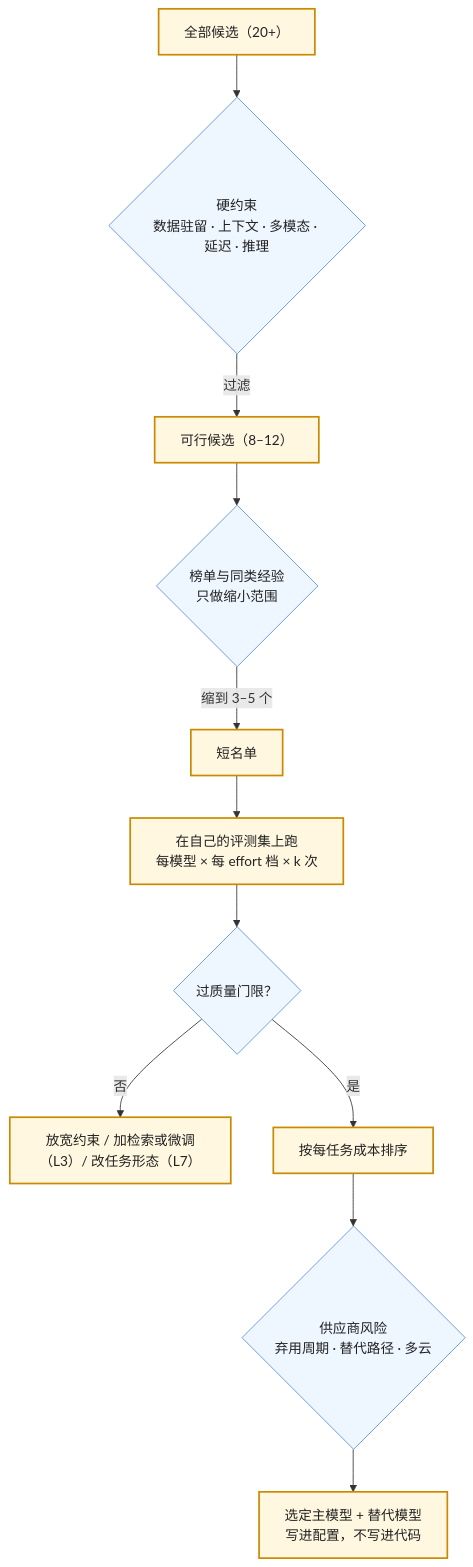
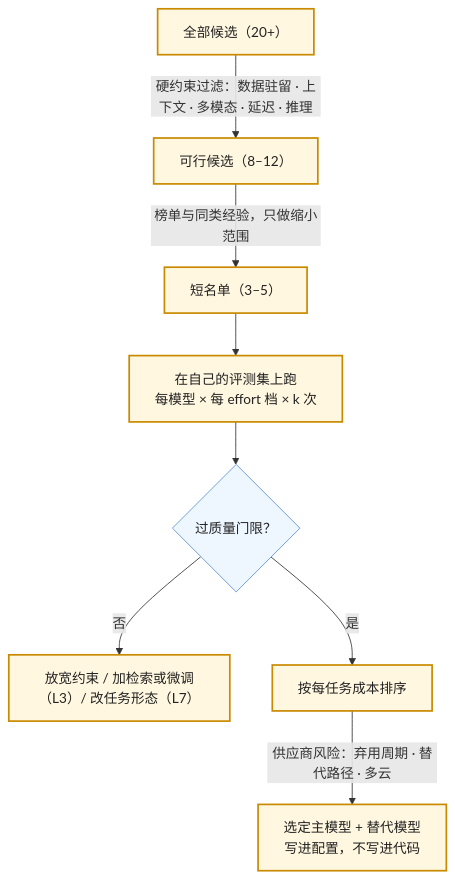
Before and after one commit to arganzheng/arganzheng.github.com: the diagram in _posts/2026-10-03-model-selection-beyond-leaderboards.md, drawn with Mermaid. The commit also changed other lines of this file and 6 other files, not shown here.

Commit message:
模型作为组件 07 总结自测；应用地图加「已有的文章与系列」、全栈地图进度、备忘录 V2.36、AGENTS 应用系列规范；两张图调整

````diff
--- a/_posts/2026-10-03-model-selection-beyond-leaderboards.md
+++ b/_posts/2026-10-03-model-selection-beyond-leaderboards.md
@@ -31,18 +31,15 @@
 ```mermaid
 flowchart TB
-    A["全部候选（20+）"] --> B{"硬约束<br/>数据驻留 · 上下文 · 多模态 · 延迟 · 推理"}
-    B -->|"过滤"| C["可行候选（8–12）"]
-    C --> D{"榜单与同类经验<br/>只做缩小范围"}
-    D -->|"缩到 3–5 个"| E["短名单"]
+    A["全部候选（20+）"] -->|"硬约束过滤：数据驻留 · 上下文 · 多模态 · 延迟 · 推理"| C["可行候选（8–12）"]
+    C -->|"榜单与同类经验，只做缩小范围"| E["短名单（3–5）"]
     E --> F["在自己的评测集上跑<br/>每模型 × 每 effort 档 × k 次"]
     F --> G{"过质量门限？"}
     G -->|"否"| H["放宽约束 / 加检索或微调（L3）/ 改任务形态（L7）"]
     G -->|"是"| I["按每任务成本排序"]
-    I --> J{"供应商风险<br/>弃用周期 · 替代路径 · 多云"}
-    J --> K["选定主模型 + 替代模型<br/>写进配置，不写进代码"]
+    I -->|"供应商风险：弃用周期 · 替代路径 · 多云"| K["选定主模型 + 替代模型<br/>写进配置，不写进代码"]
 
     classDef step fill:#fff7e0,stroke:#c98a00,stroke-width:2px,color:#222
     classDef dec fill:#eef6ff,stroke:#5b8fd6,color:#222
     class A,C,E,F,I,K,H step
-    class B,D,G,J dec
+    class G dec
 ```
````
